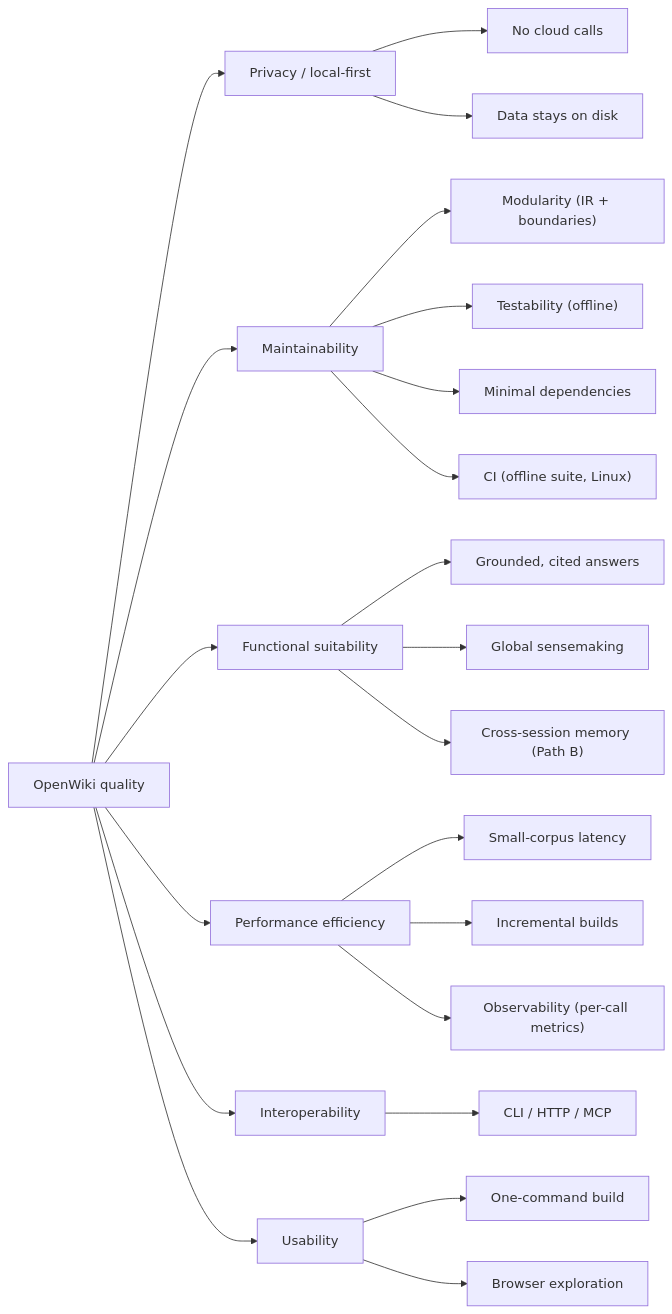
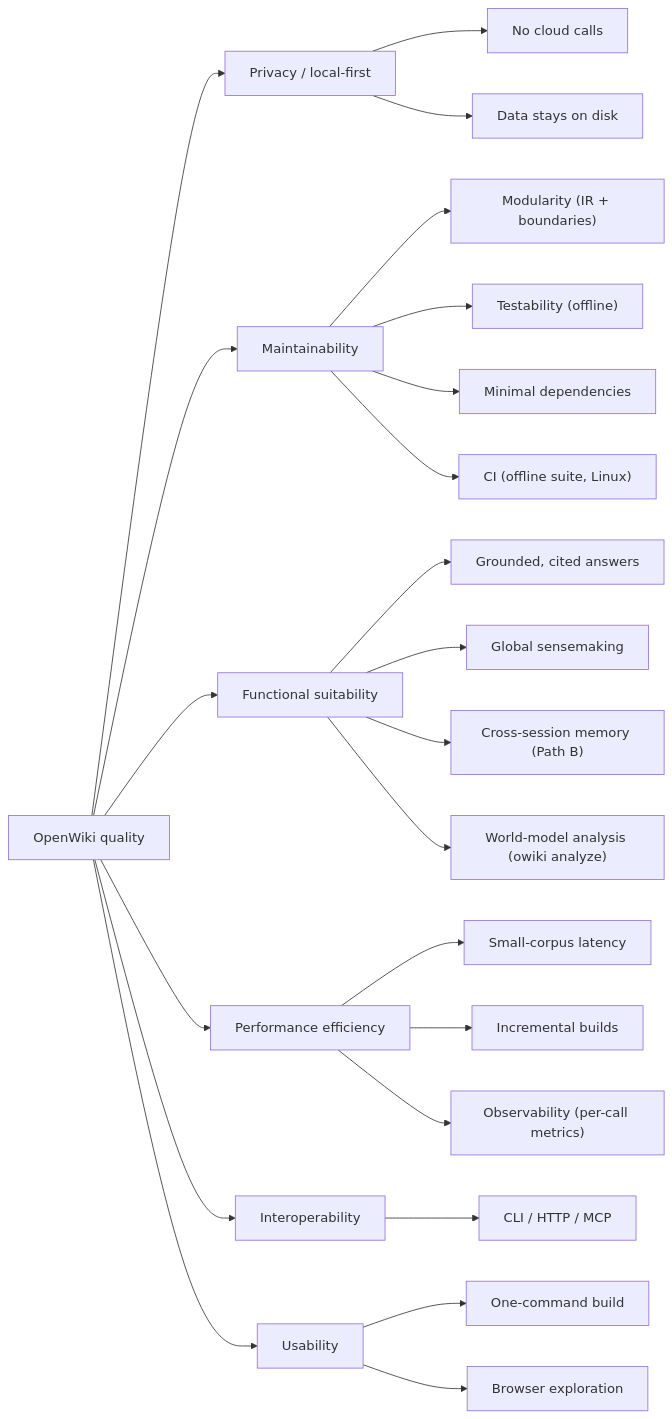
Before and after one commit to Neuroant/OpenWiki: the diagram in docs/arc42/10-quality-requirements.md, drawn with Mermaid. The commit also changed other lines of this file and 7 other files, not shown here.

First line of the commit message:
arc42: fold in Direction I (world-model analysis, v0.67–v0.71)

````diff
--- a/docs/arc42/10-quality-requirements.md
+++ b/docs/arc42/10-quality-requirements.md
@@ -8,17 +8,18 @@
 ```mermaid
 flowchart LR
   Q["OpenWiki quality"]
   Q --> P["Privacy / local-first"]
   Q --> M["Maintainability"]
   Q --> F["Functional suitability"]
   Q --> E["Performance efficiency"]
   Q --> I["Interoperability"]
   Q --> U["Usability"]
   P --> P1["No cloud calls"] & P2["Data stays on disk"]
   M --> M1["Modularity (IR + boundaries)"] & M2["Testability (offline)"] & M3["Minimal dependencies"]
   F --> F1["Grounded, cited answers"] & F2["Global sensemaking"] & F3["Cross-session memory (Path B)"]
+  F --> F4["World-model analysis (owiki analyze)"]
   E --> E1["Small-corpus latency"] & E2["Incremental builds"] & E3["Observability (per-call metrics)"]
   M --> M4["CI (offline suite, Linux)"]
   I --> I1["CLI / HTTP / MCP"]
   U --> U1["One-command build"] & U2["Browser exploration"]
 ```
````
